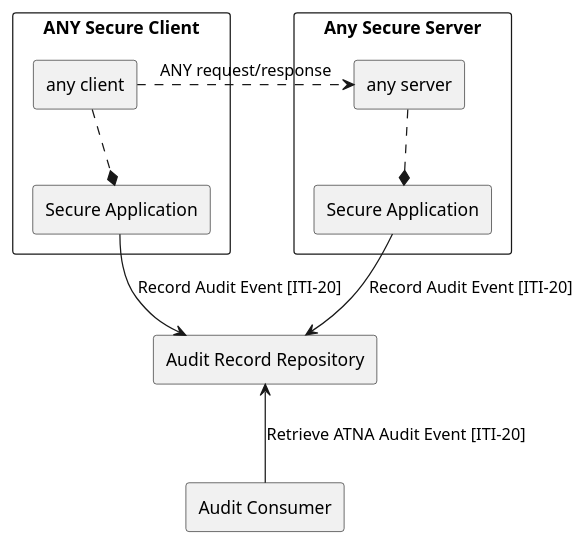
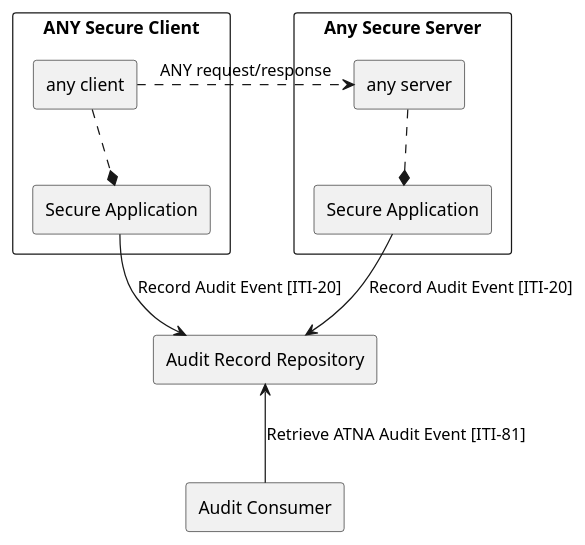
Before and after one commit to IHE/ITI.BasicAudit: the diagram in input/images-source/ActorsAndTransactions.plantuml, drawn with PlantUML.

Commit message:
fix query to ITI-81

```diff
--- a/input/images-source/ActorsAndTransactions.plantuml
+++ b/input/images-source/ActorsAndTransactions.plantuml
@@ -1,20 +1,20 @@
 @startuml
 rectangle "ANY Secure Client" {
   agent "any client" as cRest
   agent "Secure Application" as cAud
   cRest -down.* cAud 
 }
 rectangle "Any Secure Server" {
   agent "Secure Application" as sAud
   agent "any server" as sRest
   sRest -down.* sAud
 }
 
 agent "Audit Record Repository" as AuditRepository
 agent "Audit Consumer" as AuditClient
 
 cRest -right..> sRest : ANY request/response
 sAud -down-> AuditRepository: Record Audit Event [ITI-20]
 cAud --> AuditRepository: Record Audit Event [ITI-20]
-AuditClient -up-> AuditRepository: Retrieve ATNA Audit Event [ITI-20]
+AuditClient -up-> AuditRepository: Retrieve ATNA Audit Event [ITI-81]
 @enduml
```
